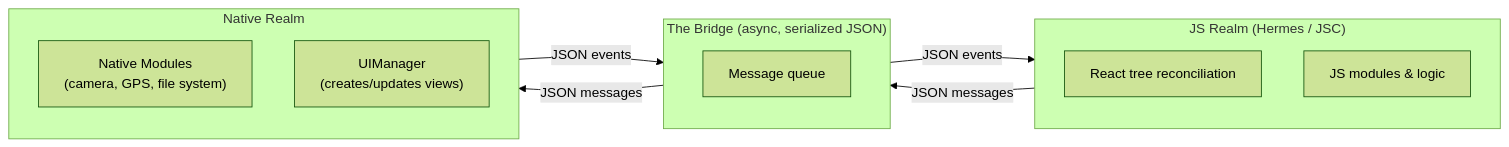
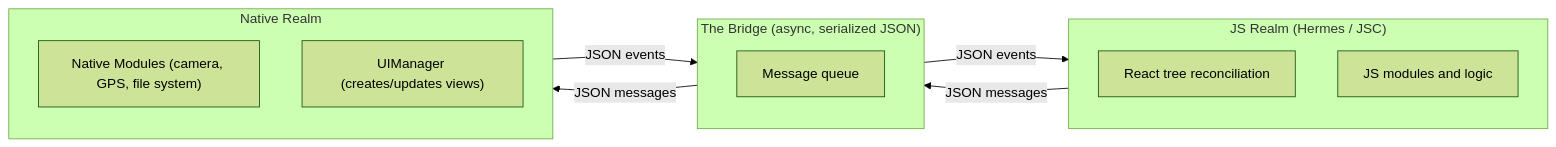
The ninth of 12 diagrams in arguments/chapters/rn-02-fundamentals.md (BabaScience/react-guides), drawn with Mermaid (forest theme) before and after one commit. The commit also changed other lines of this file and 63 other files, not shown here.

First line of the commit message:
Enrich React Native roadmap with deeper content, visuals, and FR/IT translations

````diff
--- a/arguments/chapters/rn-02-fundamentals.md
+++ b/arguments/chapters/rn-02-fundamentals.md
@@ -322,18 +480,18 @@
 ```mermaid
 graph LR
     subgraph JS["JS Realm (Hermes / JSC)"]
         ReactTree["React tree reconciliation"]
-        JSModules["JS modules & logic"]
+        JSModules["JS modules and logic"]
     end
     subgraph Bridge["The Bridge (async, serialized JSON)"]
         Queue["Message queue"]
     end
     subgraph Native["Native Realm"]
-        NativeModules["Native Modules\n(camera, GPS, file system)"]
-        UIManager["UIManager\n(creates/updates views)"]
+        NativeModules["Native Modules (camera, GPS, file system)"]
+        UIManager["UIManager (creates/updates views)"]
     end
     JS -->|"JSON messages"| Bridge
     Bridge -->|"JSON messages"| Native
     Native -->|"JSON events"| Bridge
     Bridge -->|"JSON events"| JS
 ```
````
